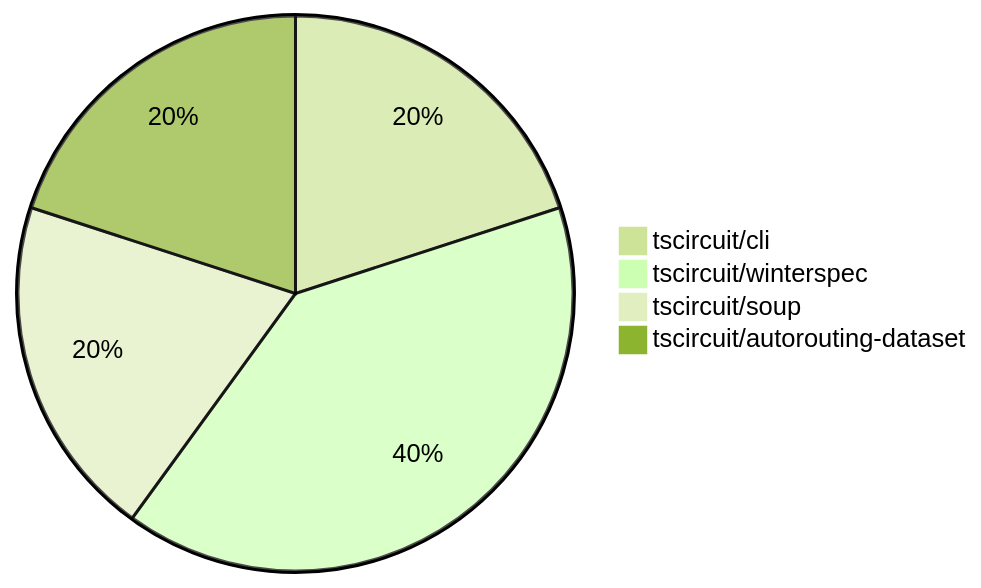
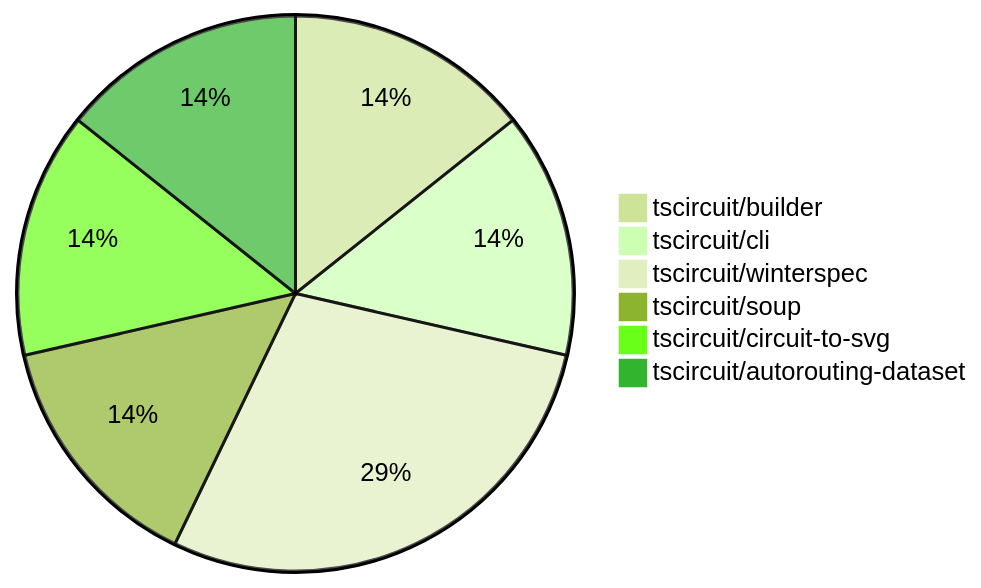
The diagram in contribution-overviews/2024-08-10.md (tscircuit/contribution-tracker), drawn with Mermaid (forest theme) before and after one commit. The commit also changed other lines of this file and 1 other file, not shown here.

````diff
--- a/contribution-overviews/2024-08-10.md
+++ b/contribution-overviews/2024-08-10.md
@@ -5,7 +5,9 @@
 ```mermaid
 pie
+    "tscircuit/builder" : 1
     "tscircuit/cli" : 1
     "tscircuit/winterspec" : 2
     "tscircuit/soup" : 1
+    "tscircuit/circuit-to-svg" : 1
     "tscircuit/autorouting-dataset" : 1
 ```
````
